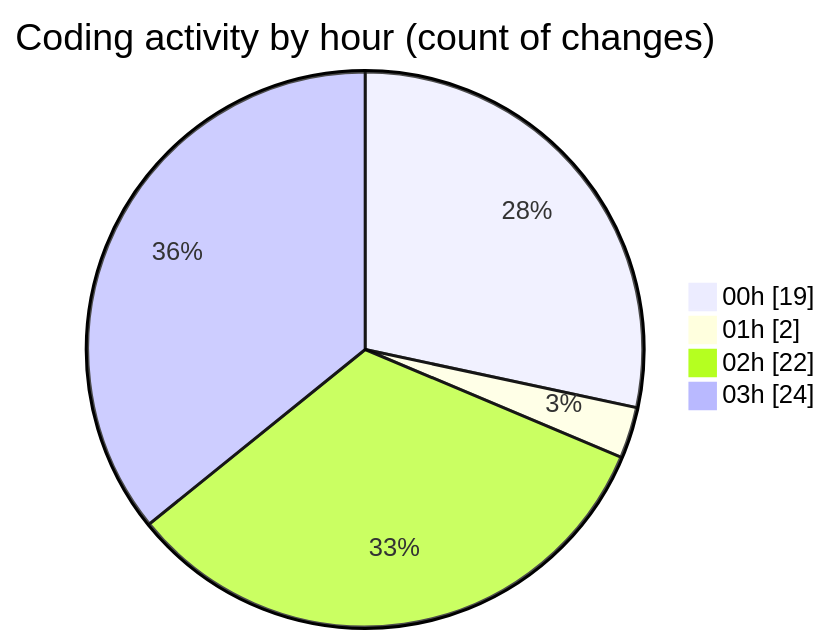
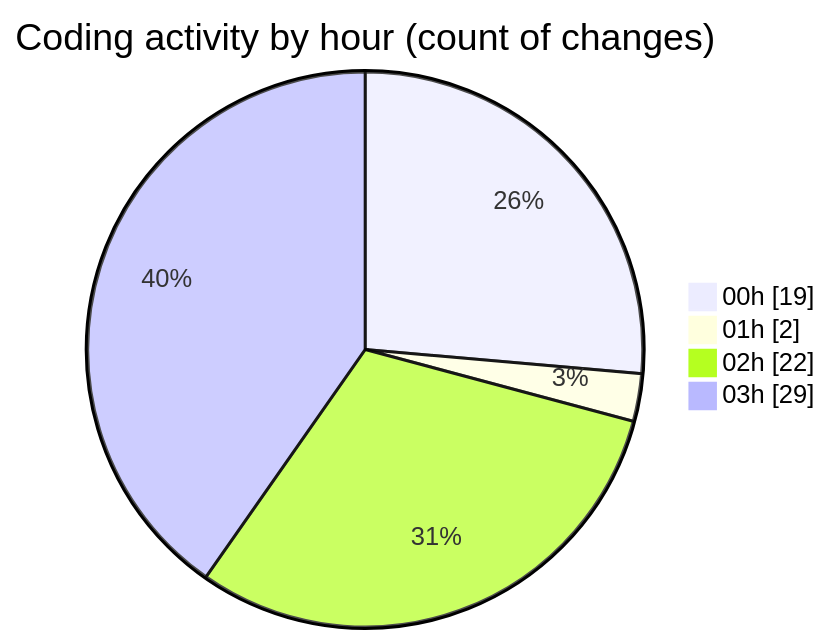
One commit to julien-gomy/code-tracking changed the second of 2 diagrams in 2025-10-21/eventscop-frontend-guide__workspace_/README.md. Above: the diagram before and after it, drawn with Mermaid. The commit also changed other lines of this file and 1 other file, not shown here.

````diff
--- a/2025-10-21/eventscop-frontend-guide__workspace_/README.md
+++ b/2025-10-21/eventscop-frontend-guide__workspace_/README.md
@@ -45,8 +46,8 @@
 ```mermaid
 pie showData
 title Coding activity by hour (count of changes)
 "00h" : 19
 "01h" : 2
 "02h" : 22
-"03h" : 24
+"03h" : 29
 ```
````
